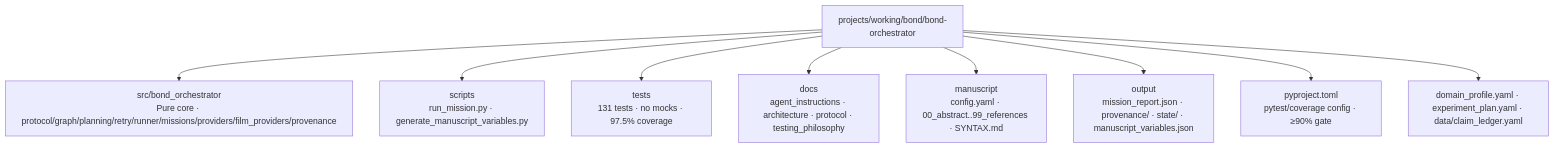
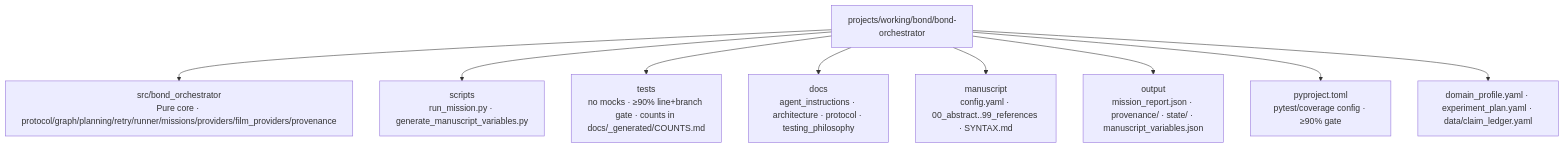
One commit to docxology/bond-orchestrator changed the diagram in AGENTS.md. Above: the diagram before and after it, drawn with Mermaid. The commit also changed other lines of this file and 34 other files, not shown here.

````diff
--- a/AGENTS.md
+++ b/AGENTS.md
@@ -61,12 +63,12 @@
 ```mermaid
 flowchart TB
     P[projects/working/bond/bond-orchestrator]
     P --> SRC[src/bond_orchestrator<br/>Pure core · protocol/graph/planning/retry/runner/missions/providers/film_providers/provenance]
     P --> SC[scripts<br/>run_mission.py · generate_manuscript_variables.py]
-    P --> T[tests<br/>131 tests · no mocks · 97.5% coverage]
+    P --> T[tests<br/>no mocks · ≥90% line+branch gate · counts in docs/_generated/COUNTS.md]
     P --> DOCS[docs<br/>agent_instructions · architecture · protocol · testing_philosophy]
     P --> M[manuscript<br/>config.yaml · 00_abstract..99_references · SYNTAX.md]
     P --> OUT[output<br/>mission_report.json · provenance/ · state/ · manuscript_variables.json]
     P --> PY[pyproject.toml<br/>pytest/coverage config · ≥90% gate]
     P --> DP[domain_profile.yaml · experiment_plan.yaml · data/claim_ledger.yaml]
 ```
````
